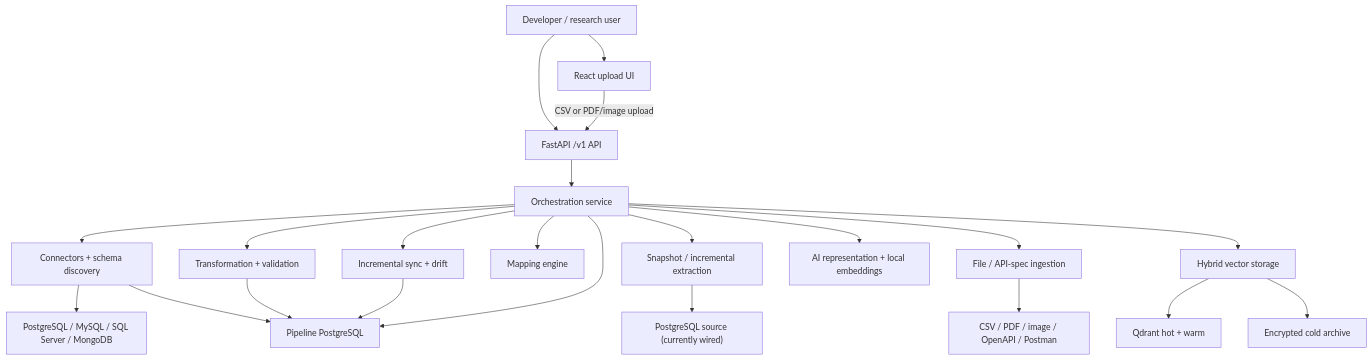
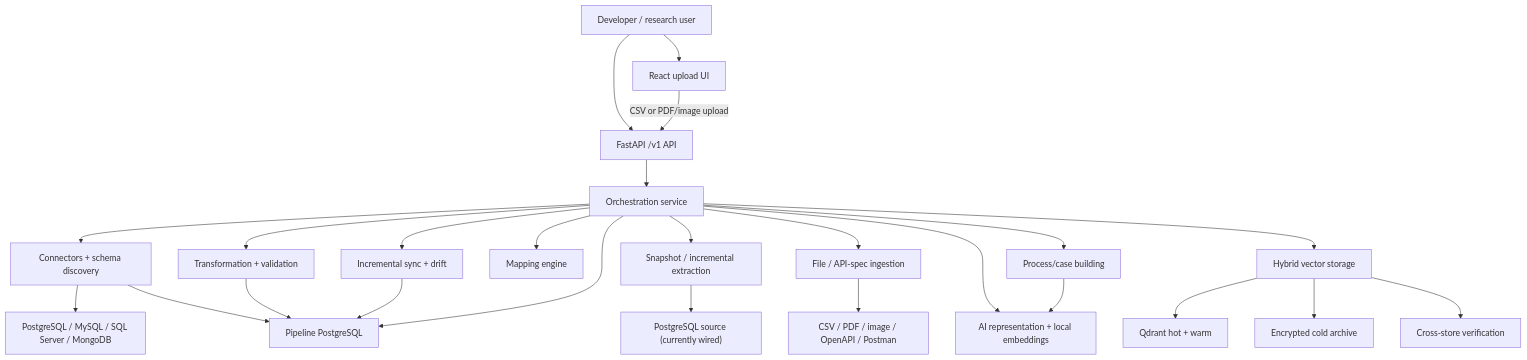
Before and after one commit to DishaniS/erp-data-transformation-pipeline: the first of 2 diagrams in README.md, drawn with Mermaid. The commit also changed other lines of this file and 219 other files, not shown here.

````diff
--- a/README.md
+++ b/README.md
@@ -93,26 +119,29 @@
 ```mermaid
 flowchart TD
     User["Developer / research user"] --> UI["React upload UI"]
     User --> API["FastAPI /v1 API"]
     UI -->|"CSV or PDF/image upload"| API
 
     API --> ORCH["Orchestration service"]
     ORCH --> DISC["Connectors + schema discovery"]
     ORCH --> EXTRACT["Snapshot / incremental extraction"]
     ORCH --> ING["File / API-spec ingestion"]
     ORCH --> MAP["Mapping engine"]
     ORCH --> TRANS["Transformation + validation"]
     ORCH --> SYNC["Incremental sync + drift"]
+    ORCH --> PROC["Process/case building"]
     ORCH --> AI["AI representation + local embeddings"]
     ORCH --> STORE["Hybrid vector storage"]
 
     DISC --> SOURCES["PostgreSQL / MySQL / SQL Server / MongoDB"]
     EXTRACT --> SRCPG["PostgreSQL source (currently wired)"]
     ING --> FILES["CSV / PDF / image / OpenAPI / Postman"]
     DISC --> PG["Pipeline PostgreSQL"]
     TRANS --> PG
     SYNC --> PG
     ORCH --> PG
     STORE --> QD["Qdrant hot + warm"]
     STORE --> COLD["Encrypted cold archive"]
+    STORE --> VERIFY["Cross-store verification"]
+    PROC --> AI
 ```
````
